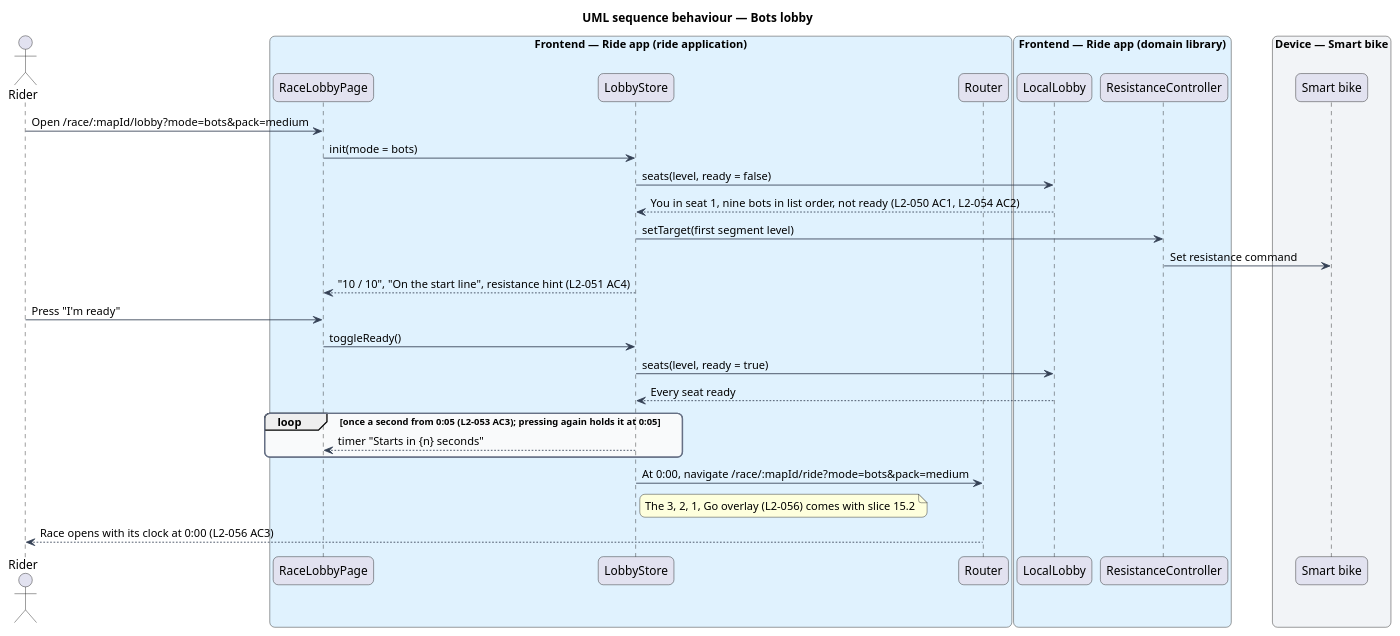
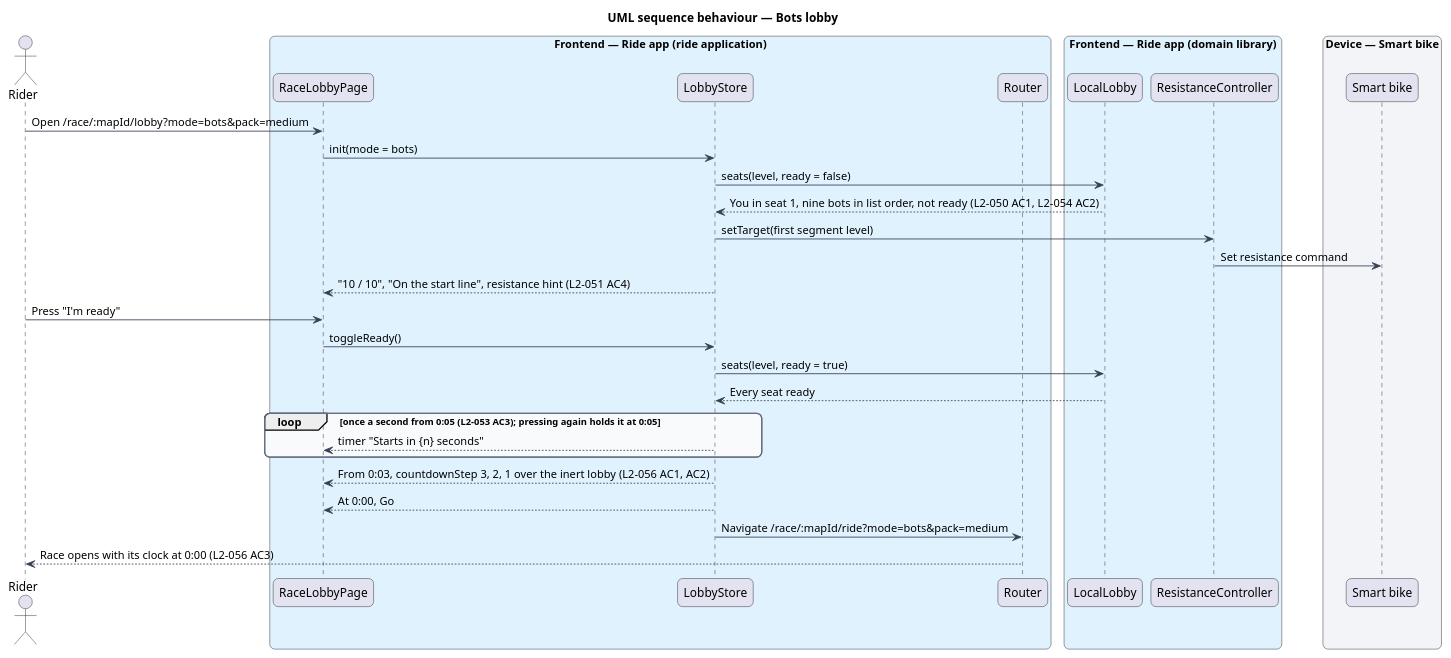
One commit to QuinntyneBrown/wattzup changed the diagram in docs/detailed-designs/race/wait-in-the-race-lobby/diagrams/sequence-bots-lobby.puml. Above: the diagram before and after it, drawn with PlantUML. The commit also changed 13 other files, not shown here.

Commit message:
Bring the race lobby and race session designs in line with slice 15.2

```diff
--- a/docs/detailed-designs/race/wait-in-the-race-lobby/diagrams/sequence-bots-lobby.puml
+++ b/docs/detailed-designs/race/wait-in-the-race-lobby/diagrams/sequence-bots-lobby.puml
@@ -1,47 +1,48 @@
 @startuml
 title UML sequence behaviour — Bots lobby
 skinparam backgroundColor #FFFFFF
 skinparam shadowing false
 skinparam roundcorner 12
 skinparam defaultFontName Arial
 skinparam ArrowColor #344054
 skinparam rectangle {
   BorderColor #344054
   FontColor #101828
 }
 skinparam package {
   BorderColor #667085
   FontColor #101828
   BackgroundColor #F9FAFB
 }
 actor "Rider" as actor
 box "Frontend — Ride app (ride application)" #E0F2FE
   participant "RaceLobbyPage" as page
   participant "LobbyStore" as store
   participant "Router" as router
 end box
 box "Frontend — Ride app (domain library)" #E0F2FE
   participant "LocalLobby" as local
   participant "ResistanceController" as res
 end box
 box "Device — Smart bike" #F2F4F7
   participant "Smart bike" as bike
 end box
 actor -> page : Open /race/:mapId/lobby?mode=bots&pack=medium
 page -> store : init(mode = bots)
 store -> local : seats(level, ready = false)
 local --> store : You in seat 1, nine bots in list order, not ready (L2-050 AC1, L2-054 AC2)
 store -> res : setTarget(first segment level)
 res -> bike : Set resistance command
 store --> page : "10 / 10", "On the start line", resistance hint (L2-051 AC4)
 actor -> page : Press "I'm ready"
 page -> store : toggleReady()
 store -> local : seats(level, ready = true)
 local --> store : Every seat ready
 loop once a second from 0:05 (L2-053 AC3); pressing again holds it at 0:05
   store --> page : timer "Starts in {n} seconds"
 end
-store -> router : At 0:00, navigate /race/:mapId/ride?mode=bots&pack=medium
-note right of store : The 3, 2, 1, Go overlay (L2-056) comes with slice 15.2
+store --> page : From 0:03, countdownStep 3, 2, 1 over the inert lobby (L2-056 AC1, AC2)
+store --> page : At 0:00, Go
+store -> router : Navigate /race/:mapId/ride?mode=bots&pack=medium
 router --> actor : Race opens with its clock at 0:00 (L2-056 AC3)
 @enduml
```
